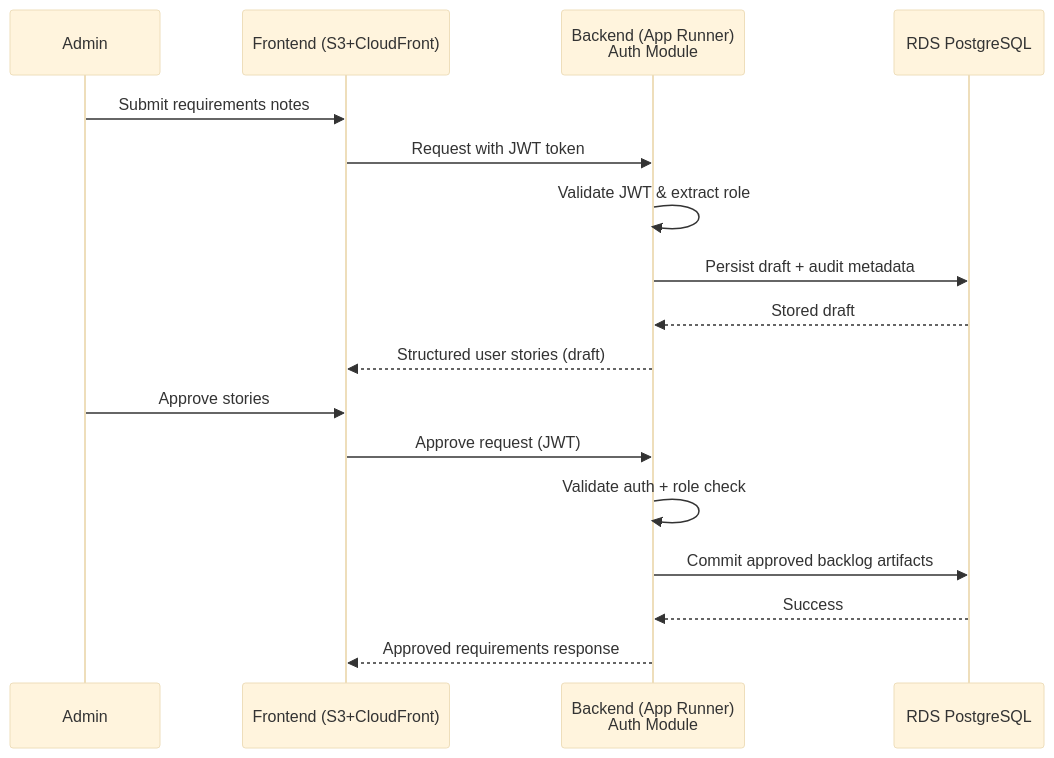
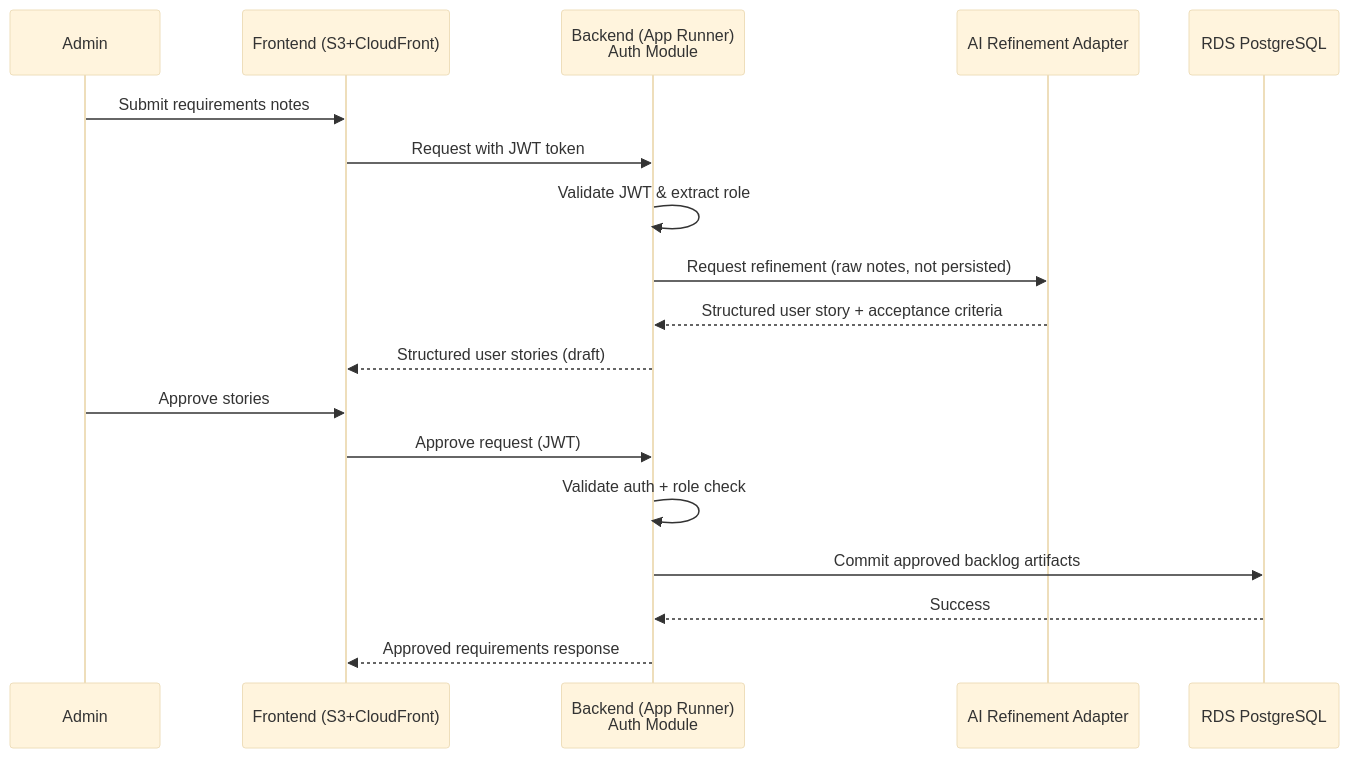
Before and after one commit to alonsovndev/open-projects-hub-docs: the second of 2 diagrams in docs/03-architecture/core/architecture-solution-design.md, drawn with Mermaid (base theme). The commit also changed other lines of this file, not shown here.

Commit message:
docs(architecture): refine AI refinement sequence diagram
- Add AI Refinement Adapter participant
- Show raw notes are not persisted during refinement; stories persisted on approval
- Remove self-referential TOC link and bump last-updated date

````diff
--- a/docs/03-architecture/core/architecture-solution-design.md
+++ b/docs/03-architecture/core/architecture-solution-design.md
@@ -85,20 +85,21 @@
 ```mermaid
 sequenceDiagram
     participant User as Admin
     participant FE as Frontend (S3+CloudFront)
     participant BE as Backend (App Runner)<br/>Auth Module
+    participant AI as AI Refinement Adapter
     participant DB as RDS PostgreSQL
 
     User->>FE: Submit requirements notes
     FE->>BE: Request with JWT token
     BE->>BE: Validate JWT & extract role
-    BE->>DB: Persist draft + audit metadata
-    DB-->>BE: Stored draft
+    BE->>AI: Request refinement (raw notes, not persisted)
+    AI-->>BE: Structured user story + acceptance criteria
     BE-->>FE: Structured user stories (draft)
     User->>FE: Approve stories
     FE->>BE: Approve request (JWT)
     BE->>BE: Validate auth + role check
     BE->>DB: Commit approved backlog artifacts
     DB-->>BE: Success
     BE-->>FE: Approved requirements response
 ```
````
